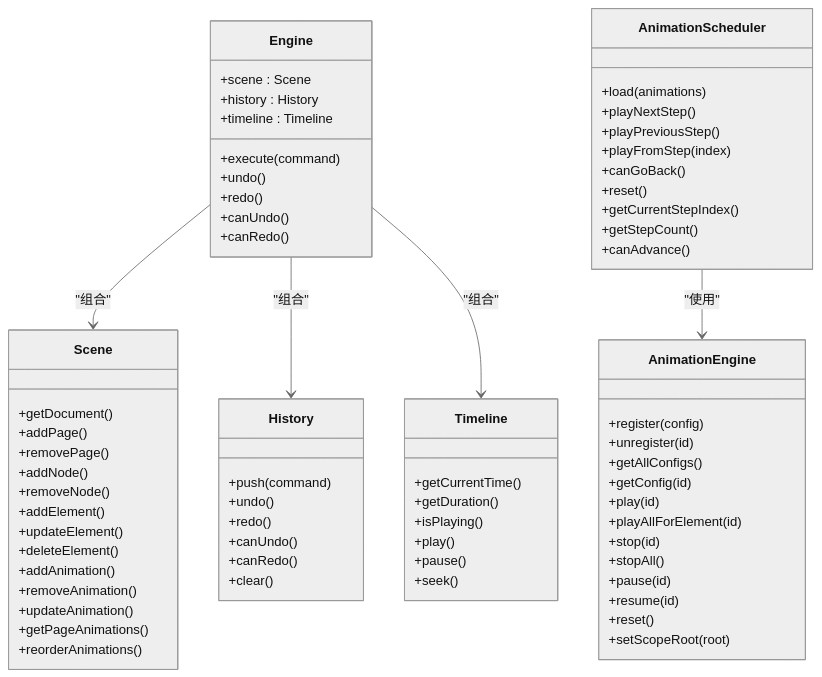
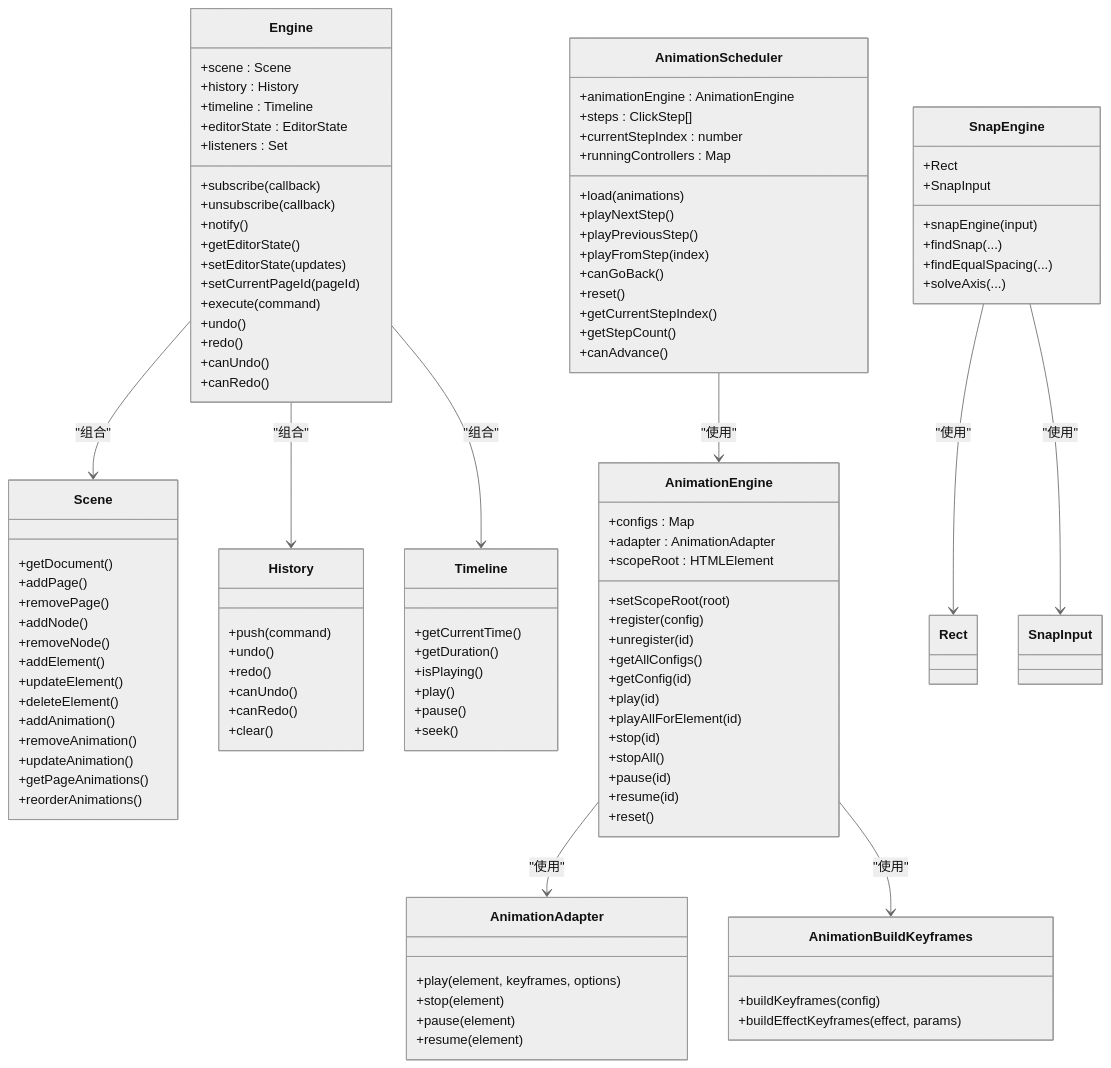
One commit to Anna0314zy/ai_editor_enginer changed the second of 11 diagrams in .qoder/repowiki/zh/content/核心架构/核心架构.md. Above: the diagram before and after it, drawn with Mermaid (neutral theme). The commit also changed other lines of this file and 7 other files, not shown here.

````diff
--- a/.qoder/repowiki/zh/content/核心架构/核心架构.md
+++ b/.qoder/repowiki/zh/content/核心架构/核心架构.md
@@ -135,6 +166,14 @@
 +scene : Scene
 +history : History
 +timeline : Timeline
++editorState : EditorState
++listeners : Set
++subscribe(callback)
++unsubscribe(callback)
++notify()
++getEditorState()
++setEditorState(updates)
++setCurrentPageId(pageId)
 +execute(command)
 +undo()
 +redo()
@@ -173,6 +212,10 @@
 +seek()
 }
 class AnimationEngine {
++configs : Map
++adapter : AnimationAdapter
++scopeRoot : HTMLElement
++setScopeRoot(root)
 +register(config)
 +unregister(id)
 +getAllConfigs()
@@ -184,9 +227,12 @@
 +pause(id)
 +resume(id)
 +reset()
-+setScopeRoot(root)
 }
 class AnimationScheduler {
++animationEngine : AnimationEngine
++steps : ClickStep[]
++currentStepIndex : number
++runningControllers : Map
 +load(animations)
 +playNextStep()
 +playPreviousStep()
@@ -197,8 +243,30 @@
 +getStepCount()
 +canAdvance()
 }
+class SnapEngine {
++Rect
++SnapInput
++snapEngine(input)
++findSnap(...)
++findEqualSpacing(...)
++solveAxis(...)
+}
+class AnimationAdapter {
++play(element, keyframes, options)
++stop(element)
++pause(element)
++resume(element)
+}
+class AnimationBuildKeyframes {
++buildKeyframes(config)
++buildEffectKeyframes(effect, params)
+}
 Engine --> Scene : "组合"
 Engine --> History : "组合"
 Engine --> Timeline : "组合"
 AnimationScheduler --> AnimationEngine : "使用"
+AnimationEngine --> AnimationAdapter : "使用"
+AnimationEngine --> AnimationBuildKeyframes : "使用"
+SnapEngine --> Rect : "使用"
+SnapEngine --> SnapInput : "使用"
 ```
````
